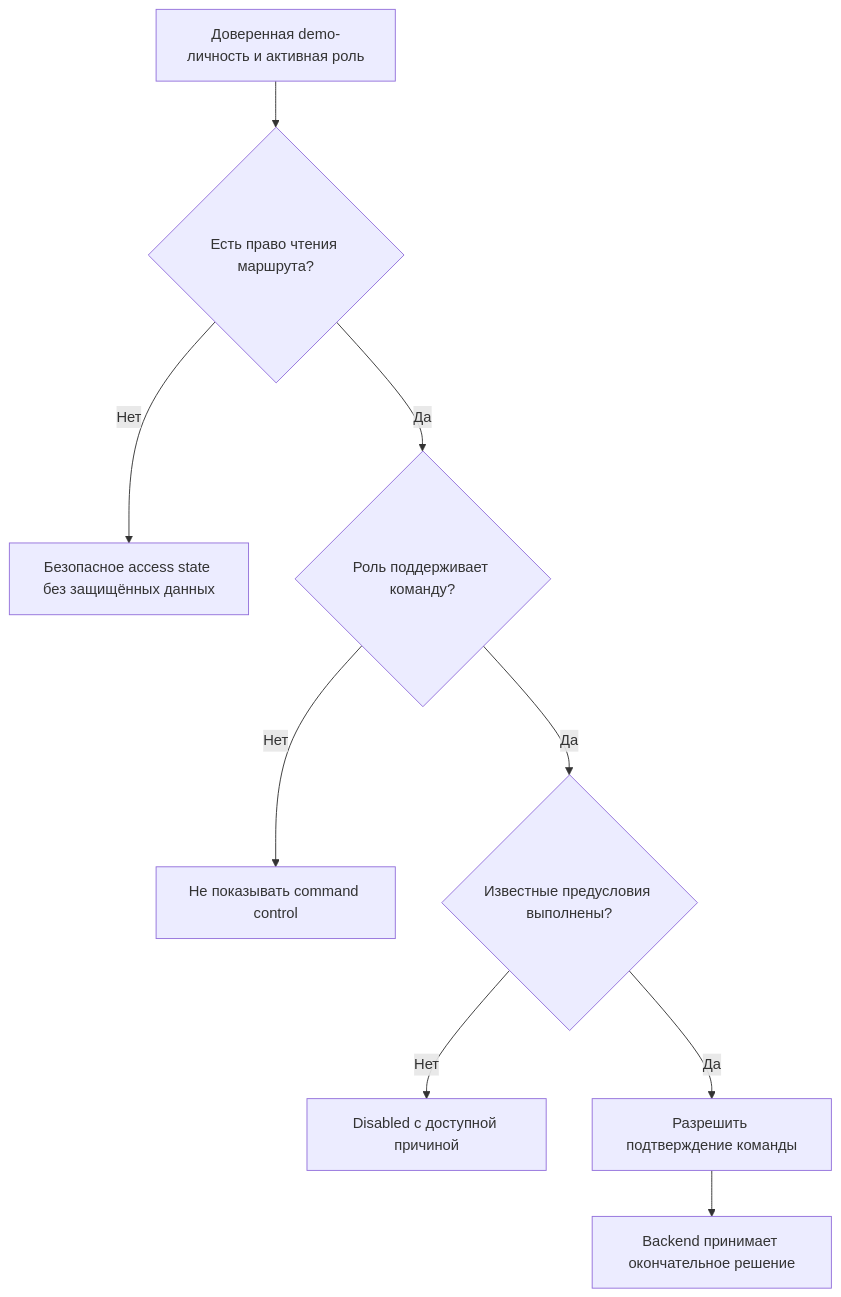
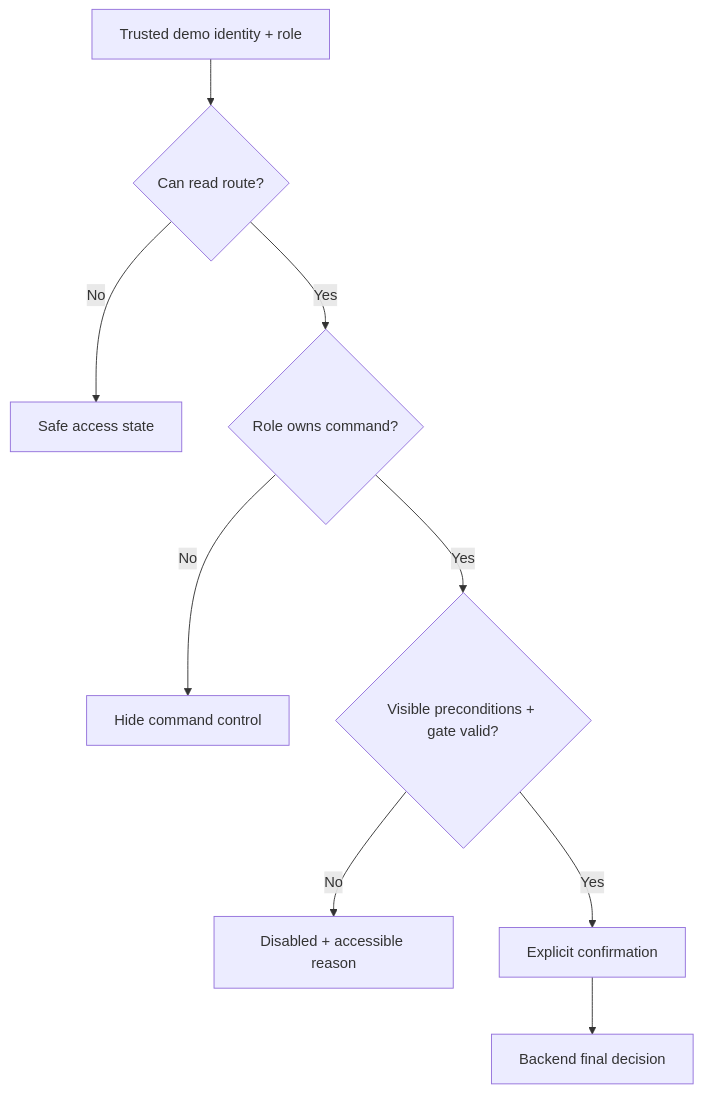
Before and after one commit to AI-shoks/WorkCard-Lifecycle: the diagram in WorkCard-Lifecycle/docs/ux/permission-ux.md, drawn with Mermaid. The commit also changed other lines of this file and 29 other files, not shown here.

````diff
--- a/WorkCard-Lifecycle/docs/ux/permission-ux.md
+++ b/WorkCard-Lifecycle/docs/ux/permission-ux.md
@@ -17,11 +15,11 @@
 ```mermaid
 flowchart TD
-    context["Доверенная demo-личность и активная роль"] --> route{"Есть право чтения маршрута?"}
-    route -- Нет --> access["Безопасное access state без защищённых данных"]
-    route -- Да --> command{"Роль поддерживает команду?"}
-    command -- Нет --> hide["Не показывать command control"]
-    command -- Да --> preconditions{"Известные предусловия выполнены?"}
-    preconditions -- Нет --> disabled["Disabled с доступной причиной"]
-    preconditions -- Да --> enabled["Разрешить подтверждение команды"]
-    enabled --> backend["Backend принимает окончательное решение"]
+    context["Trusted demo identity + role"] --> route{"Can read route?"}
+    route -->|No| access["Safe access state"]
+    route -->|Yes| command{"Role owns command?"}
+    command -->|No| hide["Hide command control"]
+    command -->|Yes| pre{"Visible preconditions + gate valid?"}
+    pre -->|No| disabled["Disabled + accessible reason"]
+    pre -->|Yes| enabled["Explicit confirmation"]
+    enabled --> backend["Backend final decision"]
 ```
````
